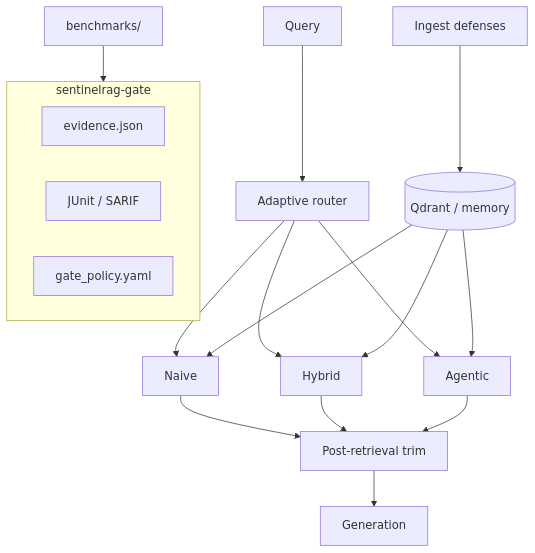
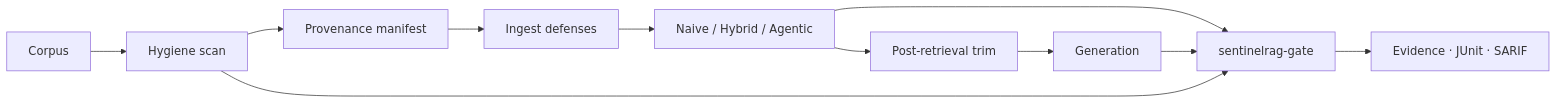
One commit to prakash888kp/SentinelRAG changed the diagram in README.md. Above: the diagram before and after it, drawn with Mermaid. The commit also changed other lines of this file and 33 other files, not shown here.

First line of the commit message:
feat(v0.2.0): hygiene scan, provenance, hit-rate, GitHub security ops

````diff
--- a/README.md
+++ b/README.md
@@ -65,15 +75,11 @@
 ```mermaid
-flowchart TB
-  subgraph gate [sentinelrag-gate]
-    E[evidence.json]
-    J[JUnit / SARIF]
-    P[gate_policy.yaml]
-  end
-  Q[Query] --> R[Adaptive router]
-  R --> N[Naive] & H[Hybrid] & A[Agentic]
-  I[Ingest defenses] --> V[(Qdrant / memory)]
-  V --> N & H & A
-  N & H & A --> T[Post-retrieval trim]
-  T --> LLM[Generation]
-  B[benchmarks/] --> gate
+flowchart LR
+  CORPUS[Corpus] --> HYG[Hygiene scan]
+  HYG --> PROV[Provenance manifest]
+  PROV --> ING[Ingest defenses]
+  ING --> RET[Naive / Hybrid / Agentic]
+  RET --> TRIM[Post-retrieval trim]
+  TRIM --> GEN[Generation]
+  RET & GEN & HYG --> GATE[sentinelrag-gate]
+  GATE --> ART[Evidence · JUnit · SARIF]
 ```
````
